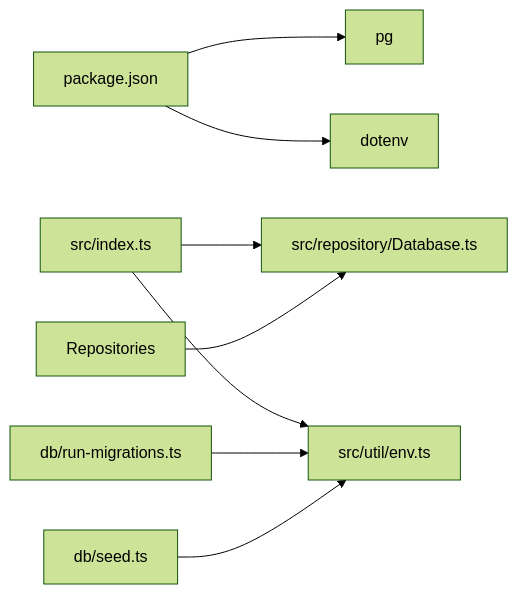
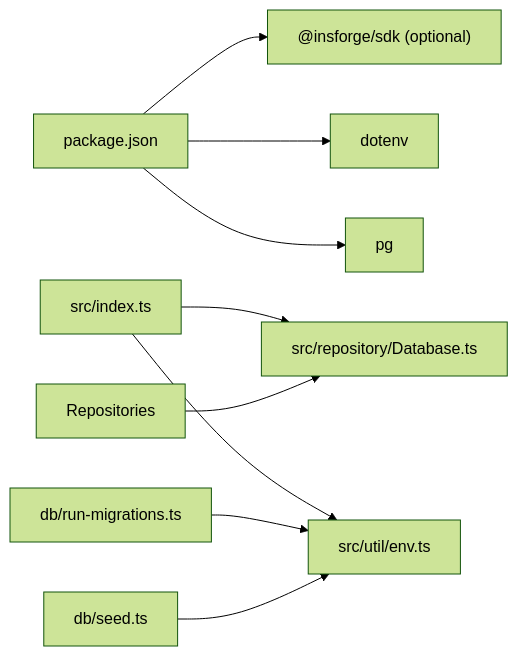
One commit to vishnusaibhosekar/ares changed the sixth of 6 diagrams in .qoder/repowiki/en/content/Repository Layer/Database Abstraction.md. Above: the diagram before and after it, drawn with Mermaid (forest theme). The commit also changed other lines of this file and 6 other files, not shown here.

````diff
--- a/.qoder/repowiki/en/content/Repository Layer/Database Abstraction.md
+++ b/.qoder/repowiki/en/content/Repository Layer/Database Abstraction.md
@@ -384,13 +376,15 @@
 ```mermaid
 graph LR
 PJSON["package.json"]
+INSFORGE["@insforge/sdk (optional)"]
+DOTENV["dotenv"]
 PG["pg"]
-DOTENV["dotenv"]
+PJSON --> INSFORGE
+PJSON --> DOTENV
 PJSON --> PG
-PJSON --> DOTENV
 APP["src/index.ts"] --> DB["src/repository/Database.ts"]
 APP --> ENV["src/util/env.ts"]
 REPOS["Repositories"] --> DB
 MIG["db/run-migrations.ts"] --> ENV
 SEED["db/seed.ts"] --> ENV
 ```
````
